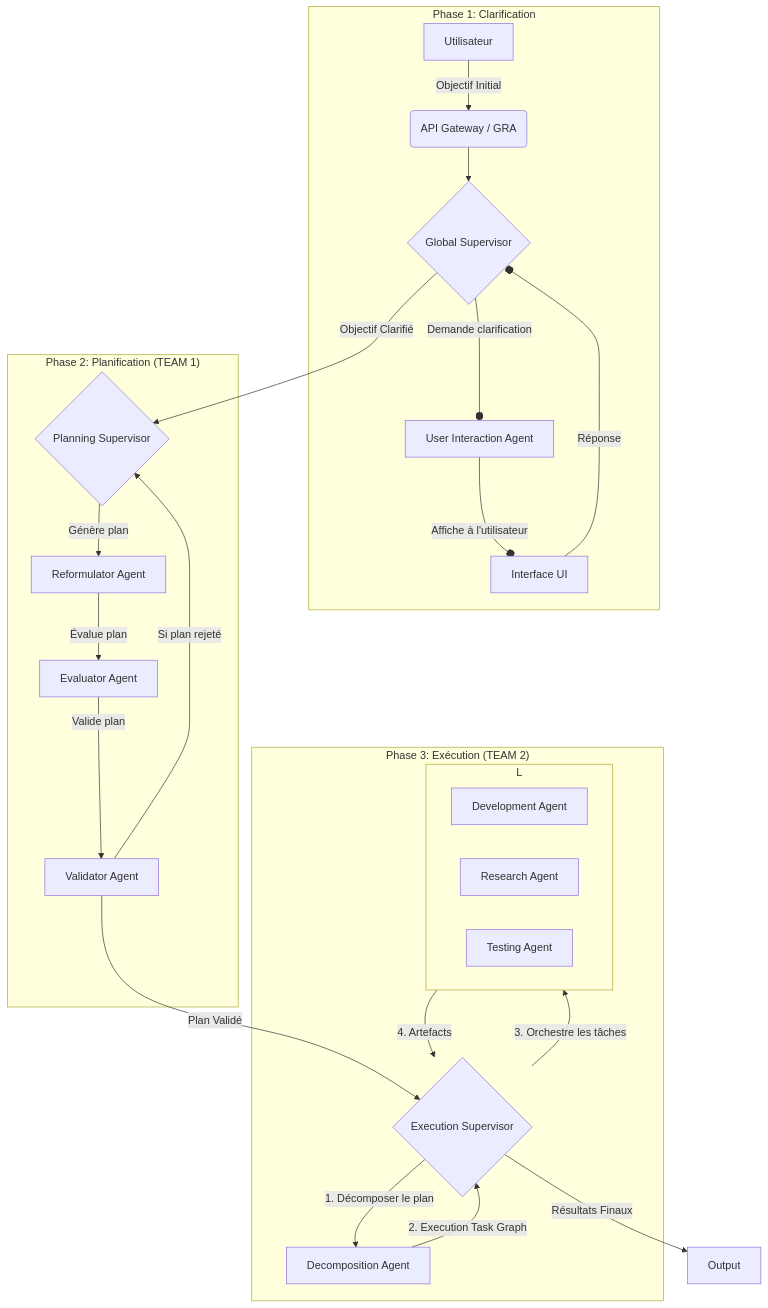
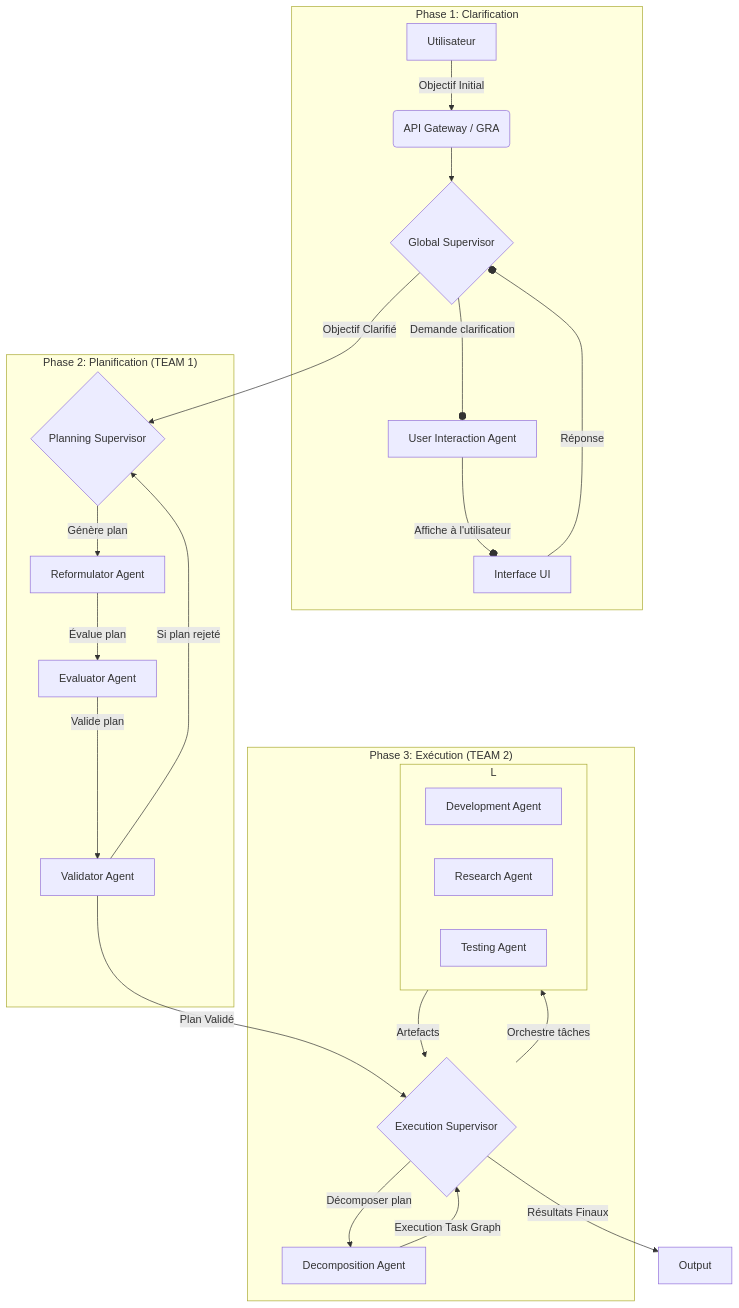
Before and after one commit to etiennerev1222/orchestrai-hackathon-ADK: the first of 2 diagrams in README.md, drawn with Mermaid. The commit also changed other lines of this file, not shown here.

````diff
--- a/README.md
+++ b/README.md
@@ -36,36 +49,31 @@
 ```mermaid
 graph TD
     subgraph "Phase 1: Clarification"
         A[Utilisateur] -->|Objectif Initial| B(API Gateway / GRA)
         B --> C{Global Supervisor}
         C --o|Demande clarification| D[User Interaction Agent]
         D --o|Affiche à l'utilisateur| E[Interface UI]
         E --o|Réponse| C
     end
-
     C -->|Objectif Clarifié| F{Planning Supervisor}
-
     subgraph "Phase 2: Planification (TEAM 1)"
         F -->|Génère plan| G[Reformulator Agent]
         G -->|Évalue plan| H[Evaluator Agent]
         H -->|Valide plan| I[Validator Agent]
         I -- "Si plan rejeté" --> F
     end
-
     I -- "Plan Validé" --> J{Execution Supervisor}
-
     subgraph "Phase 3: Exécution (TEAM 2)"
-        J -->|1. Décomposer le plan| K[Decomposition Agent]
-        K -->|"2. Execution Task Graph"| J
-        J -- "3. Orchestre les tâches" --> L((Pool d'Agents d'Exécution))
+        J -->|Décomposer plan| K[Decomposition Agent]
+        K -->|Execution Task Graph| J
+        J -- "Orchestre tâches" --> L((Pool d'Agents d'Exécution))
         subgraph L
             direction LR
             L1[Development Agent]
             L2[Research Agent]
             L3[Testing Agent]
         end
-        L -- "4. Artefacts" --> J
+        L -- "Artefacts" --> J
     end
-
     J -->|Résultats Finaux| M[Output]
 ```
````
